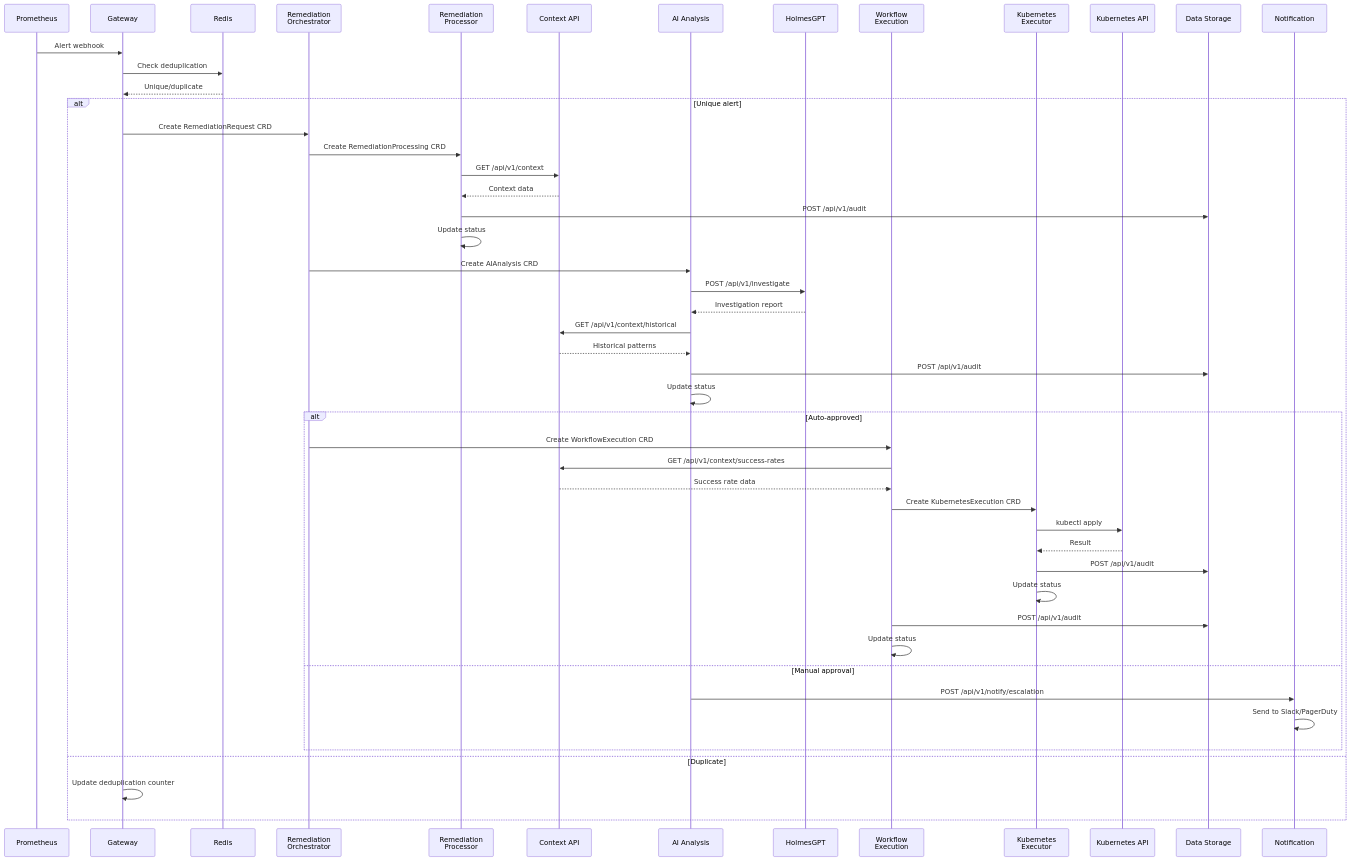
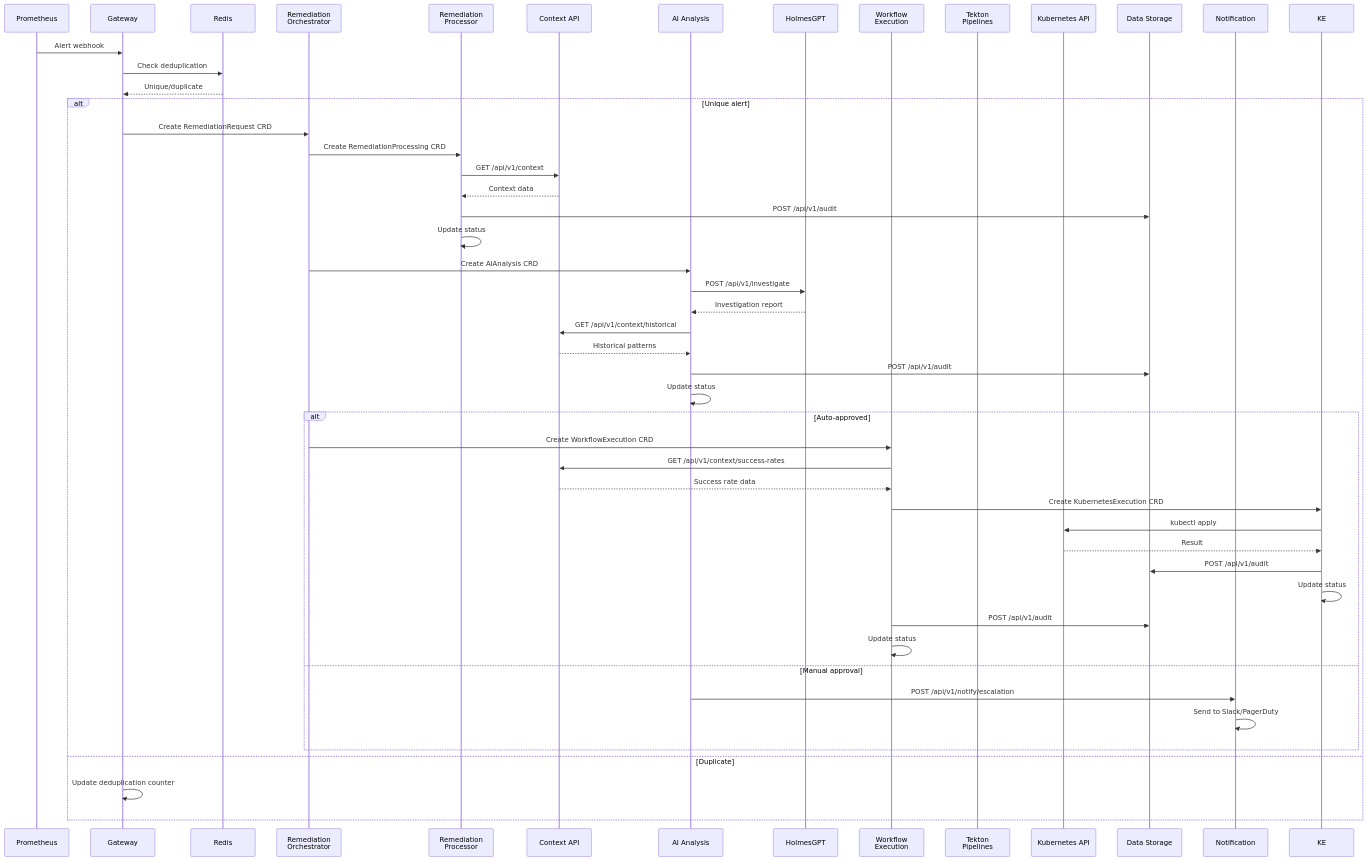
Before and after one commit to jordigilh/kubernaut: the fourth of 8 diagrams in docs/architecture/SERVICE_DEPENDENCY_MAP.md, drawn with Mermaid. The commit also changed 1 other file, not shown here.

Commit message:
docs: update MEDIUM priority architecture diagrams to use Tekton Pipelines
Phase 2 (MEDIUM Priority) - Supporting Architecture Documents:
- MULTI_CRD_RECONCILIATION_ARCHITECTURE.md: Updated 2 sequence diagrams
  - Watch Event Flow: Executor Controller → Tekton Pipelines
  - Cross-Service Communication Flow: Executor → Tekton Pipelines
- SERVICE_DEPENDENCY_MAP.md: Updated service dependency diagram
  - Kubernetes Executor → Tekton Pipelines

Rationale: Update supporting architecture docs to align with ADR-023 (Tekton from V1)

Ref: ARCHITECTURE_EXECUTOR_REFERENCES_TRIAGE.md (Phase 2)

````diff
--- a/docs/architecture/SERVICE_DEPENDENCY_MAP.md
+++ b/docs/architecture/SERVICE_DEPENDENCY_MAP.md
@@ -363,55 +363,55 @@
 ```mermaid
 sequenceDiagram
     participant P as Prometheus
     participant GW as Gateway
     participant R as Redis
     participant RO as Remediation<br/>Orchestrator
     participant RP as Remediation<br/>Processor
     participant CA as Context API
     participant AI as AI Analysis
     participant HG as HolmesGPT
     participant WE as Workflow<br/>Execution
-    participant KE as Kubernetes<br/>Executor
+    participant TEK as Tekton<br/>Pipelines
     participant K8 as Kubernetes API
     participant DS as Data Storage
     participant NS as Notification
 
     P->>GW: Alert webhook
     GW->>R: Check deduplication
     R-->>GW: Unique/duplicate
 
     alt Unique alert
         GW->>RO: Create RemediationRequest CRD
         RO->>RP: Create RemediationProcessing CRD
         RP->>CA: GET /api/v1/context
         CA-->>RP: Context data
         RP->>DS: POST /api/v1/audit
         RP->>RP: Update status
 
         RO->>AI: Create AIAnalysis CRD
         AI->>HG: POST /api/v1/investigate
         HG-->>AI: Investigation report
         AI->>CA: GET /api/v1/context/historical
         CA-->>AI: Historical patterns
         AI->>DS: POST /api/v1/audit
         AI->>AI: Update status
 
         alt Auto-approved
             RO->>WE: Create WorkflowExecution CRD
             WE->>CA: GET /api/v1/context/success-rates
             CA-->>WE: Success rate data
             WE->>KE: Create KubernetesExecution CRD
             KE->>K8: kubectl apply
             K8-->>KE: Result
             KE->>DS: POST /api/v1/audit
             KE->>KE: Update status
             WE->>DS: POST /api/v1/audit
             WE->>WE: Update status
         else Manual approval
             AI->>NS: POST /api/v1/notify/escalation
             NS->>NS: Send to Slack/PagerDuty
         end
     else Duplicate
         GW->>GW: Update deduplication counter
     end
 ```
````
